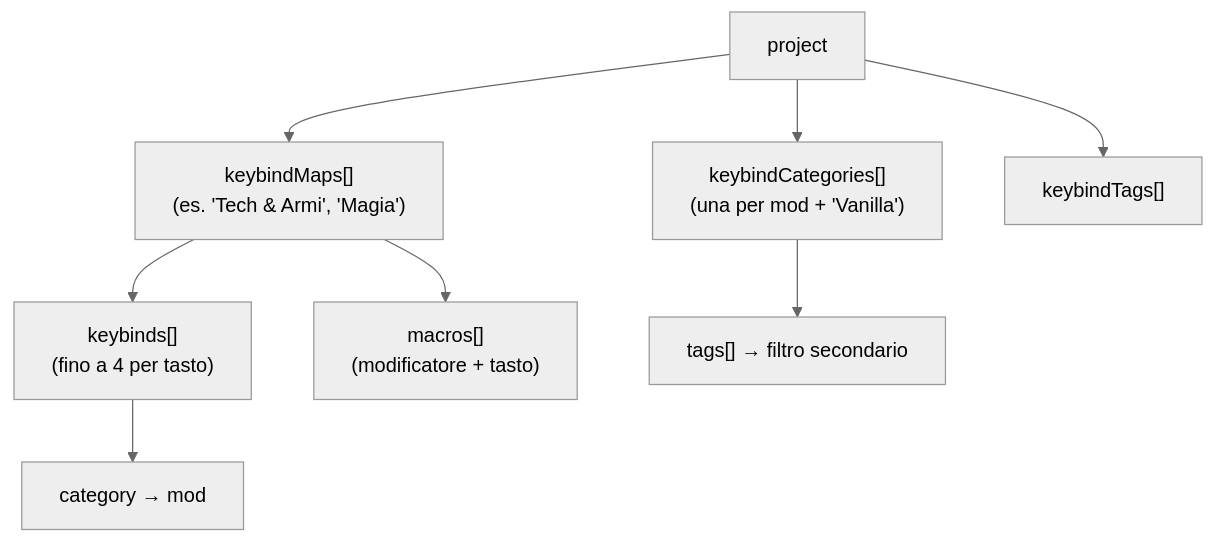
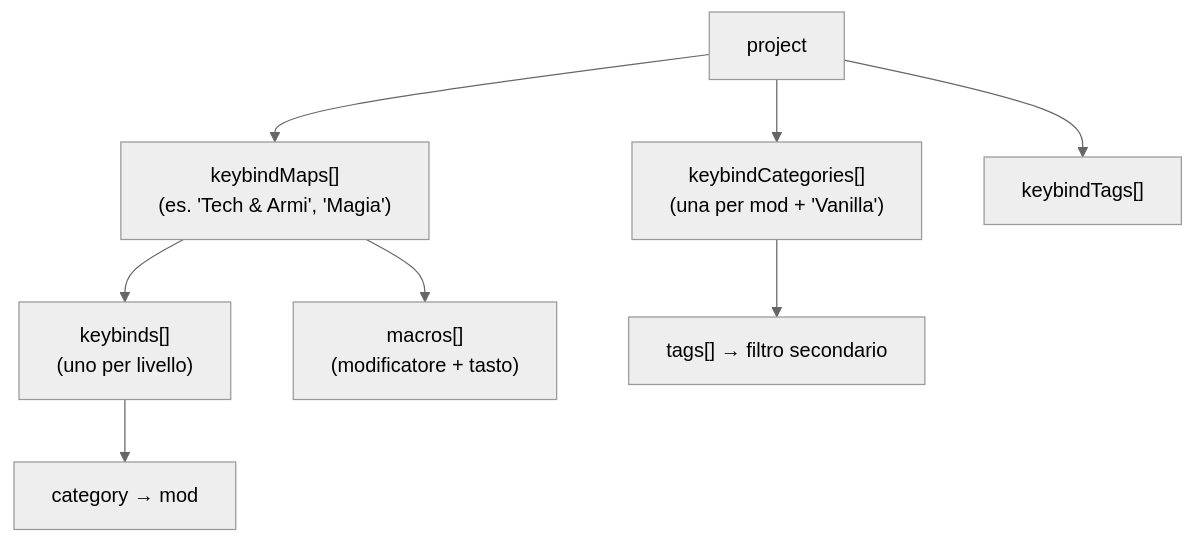
The first of 3 diagrams in docs/it/tecnica/08-keybinds.md (Alexkill536ITA/ForgeModpack), drawn with Mermaid (neutral theme) before and after one commit. The commit also changed other lines of this file and 47 other files, not shown here.

````diff
--- a/docs/it/tecnica/08-keybinds.md
+++ b/docs/it/tecnica/08-keybinds.md
@@ -9,10 +9,10 @@
 ```mermaid
 graph TB
     Project["project"] --> Maps["keybindMaps[]<br/>(es. 'Tech & Armi', 'Magia')"]
     Project --> Cats["keybindCategories[]<br/>(una per mod + 'Vanilla')"]
     Project --> Tags["keybindTags[]"]
-    Maps --> KB["keybinds[]<br/>(fino a 4 per tasto)"]
+    Maps --> KB["keybinds[]<br/>(uno per livello)"]
     Maps --> Mac["macros[]<br/>(modificatore + tasto)"]
     KB --> Cat["category → mod"]
     Cats --> CTags["tags[] → filtro secondario"]
 ```
````
